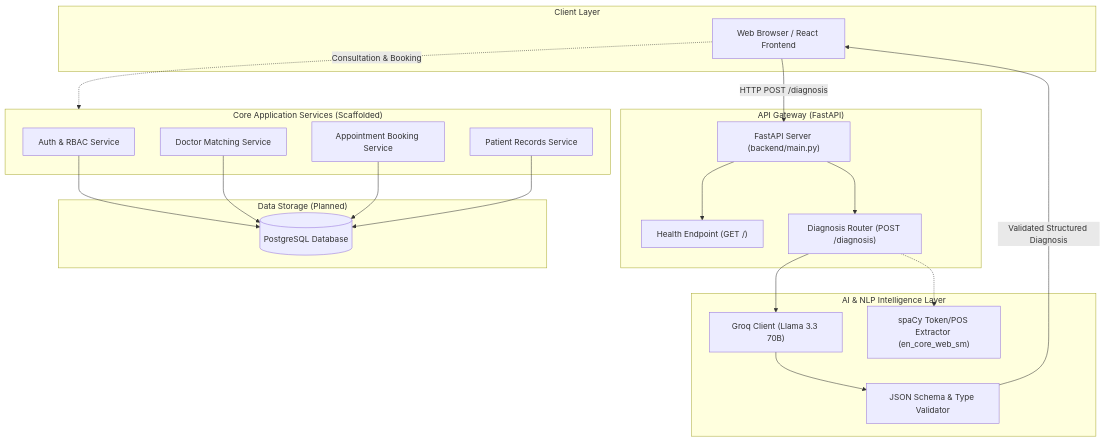
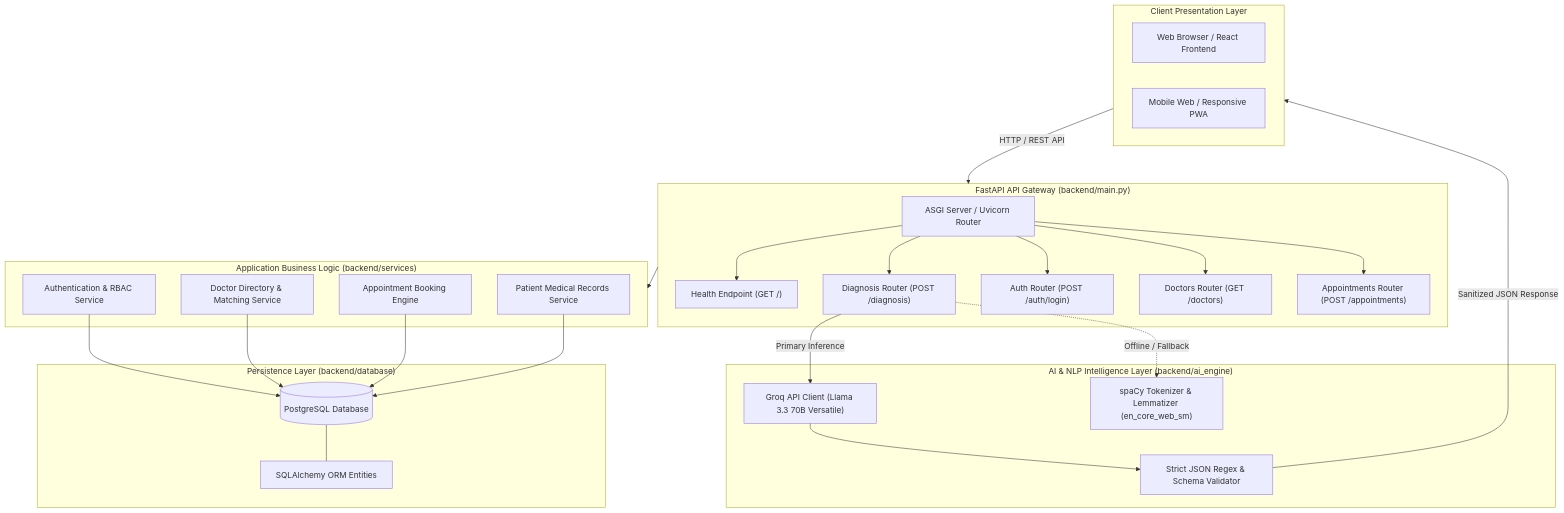
One commit to Vish-0806/MediConnect changed the first of 3 diagrams in README.md. Above: the diagram before and after it, drawn with Mermaid. The commit also changed other lines of this file, not shown here.

````diff
--- a/README.md
+++ b/README.md
@@ -53,42 +98,51 @@
 ```mermaid
 flowchart TD
-    subgraph Client ["Client Layer"]
+    subgraph Client ["Client Presentation Layer"]
         A[Web Browser / React Frontend]
+        Mobile[Mobile Web / Responsive PWA]
     end
 
-    subgraph Gateway ["API Gateway (FastAPI)"]
-        B["FastAPI Server (backend/main.py)"]
+    subgraph Gateway ["FastAPI API Gateway (backend/main.py)"]
+        B["ASGI Server / Uvicorn Router"]
         R1["Health Endpoint (GET /)"]
         R2["Diagnosis Router (POST /diagnosis)"]
+        R3["Auth Router (POST /auth/login)"]
+        R4["Doctors Router (GET /doctors)"]
+        R5["Appointments Router (POST /appointments)"]
         B --> R1
         B --> R2
+        B --> R3
+        B --> R4
+        B --> R5
     end
 
-    subgraph AIEngine ["AI & NLP Intelligence Layer"]
-        D1["Groq Client (Llama 3.3 70B)"]
-        D2["spaCy Token/POS Extractor (en_core_web_sm)"]
-        P["JSON Schema & Type Validator"]
-        R2 --> D1
-        R2 -.-> D2
+    subgraph Intelligence ["AI & NLP Intelligence Layer (backend/ai_engine)"]
+        D1["Groq API Client (Llama 3.3 70B Versatile)"]
+        D2["spaCy Tokenizer & Lemmatizer (en_core_web_sm)"]
+        P["Strict JSON Regex & Schema Validator"]
+        R2 -->|Primary Inference| D1
+        R2 -.->|Offline / Fallback| D2
         D1 --> P
     end
 
-    subgraph Domain ["Core Application Services (Scaffolded)"]
-        S1["Auth & RBAC Service"]
-        S2["Doctor Matching Service"]
-        S3["Appointment Booking Service"]
-        S4["Patient Records Service"]
+    subgraph Domain ["Application Business Logic (backend/services)"]
+        S1["Authentication & RBAC Service"]
+        S2["Doctor Directory & Matching Service"]
+        S3["Appointment Booking Engine"]
+        S4["Patient Medical Records Service"]
     end
 
-    subgraph Data ["Data Storage (Planned)"]
+    subgraph Persistence ["Persistence Layer (backend/database)"]
         DB[(PostgreSQL Database)]
+        Models["SQLAlchemy ORM Entities"]
+        DB --- Models
         S1 --> DB
         S2 --> DB
         S3 --> DB
         S4 --> DB
     end
 
-    A -->|"HTTP POST /diagnosis"| B
-    P -->|"Validated Structured Diagnosis"| A
-    A -.->|"Consultation & Booking"| Domain
+    Client -->|"HTTP / REST API"| Gateway
+    P -->|"Sanitized JSON Response"| Client
+    Gateway --> Domain
 ```
````
